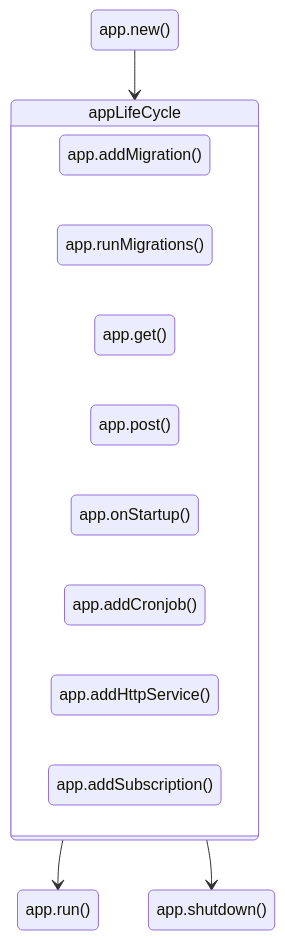
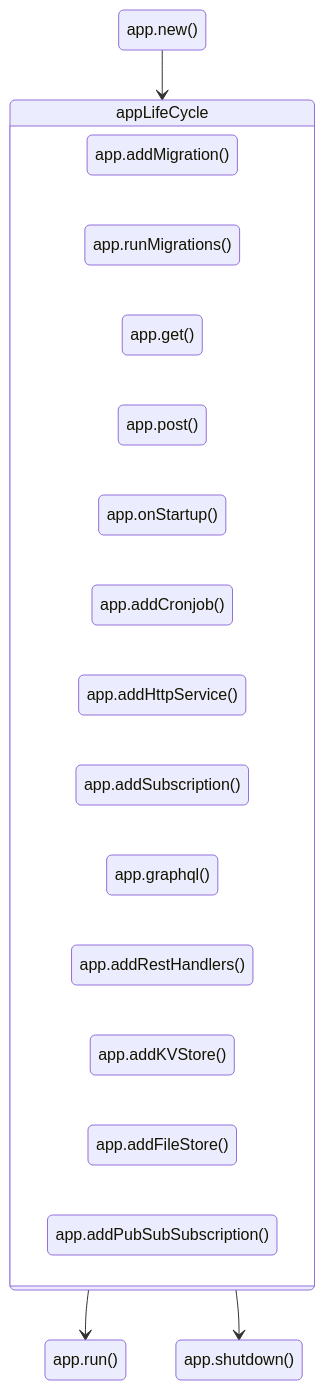
The second of 3 diagrams in docs/architecture.md (im-ng/zero-docs), drawn with Mermaid before and after one commit. The commit also changed other lines of this file and 99 other files, not shown here.

````diff
--- a/docs/architecture.md
+++ b/docs/architecture.md
@@ -47,18 +35,23 @@
 ```mermaid
 stateDiagram-v2
     direction TB
     app.new() --> appLifeCycle
     appLifeCycle --> app.run()
     state  appLifeCycle {
       direction LR
       app.addMigration()
       app.runMigrations()
       app.get()
       app.post()
       app.onStartup()
       app.addCronjob()
       app.addHttpService()
       app.addSubscription()
+      app.graphql()
+      app.addRestHandlers()
+      app.addKVStore()
+      app.addFileStore()
+      app.addPubSubSubscription()
     }
     appLifeCycle --> app.shutdown()
 ```
````
